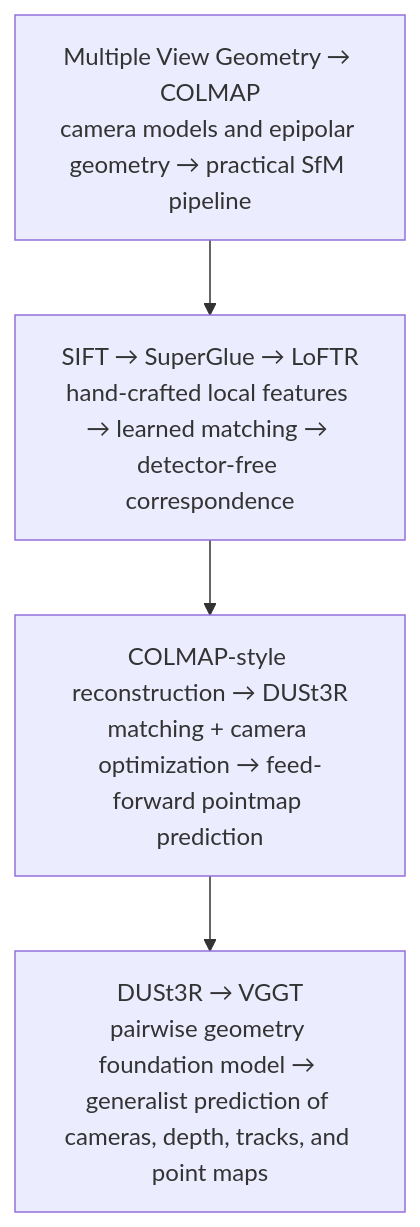
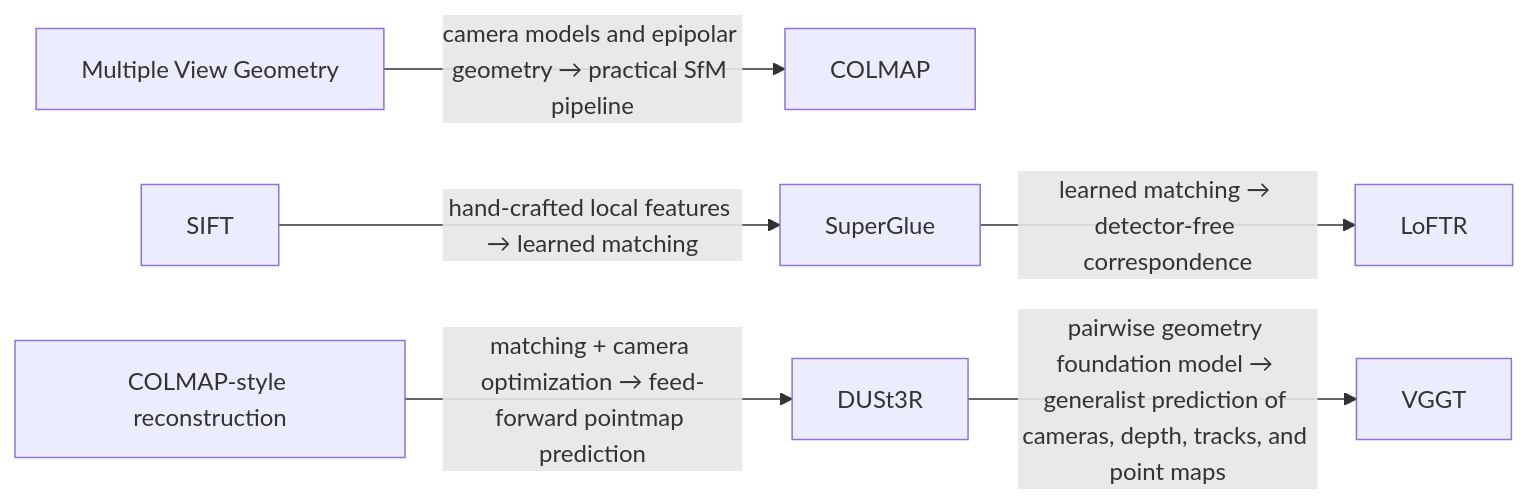
The sixth of 15 diagrams in README.md (SechanOh/awesome-multimodal-perception), drawn with Mermaid before and after one commit. The commit also changed other lines of this file, not shown here.

Commit message:
Refine field evolution diagrams

````diff
--- a/README.md
+++ b/README.md
@@ -227,8 +254,16 @@
 ```mermaid
-flowchart TD
-    step1["Multiple View Geometry → COLMAP<br/>camera models and epipolar geometry → practical SfM pipeline"]
-    step2["SIFT → SuperGlue → LoFTR<br/>hand-crafted local features → learned matching → detector-free correspondence"]
-    step3["COLMAP-style reconstruction → DUSt3R<br/>matching + camera optimization → feed-forward pointmap prediction"]
-    step4["DUSt3R → VGGT<br/>pairwise geometry foundation model → generalist prediction of cameras, depth, tracks, and point maps"]
-    step1 --> step2 --> step3 --> step4
+flowchart LR
+    s5n1["Multiple View Geometry"]
+    s5n2["COLMAP"]
+    s5n3["SIFT"]
+    s5n4["SuperGlue"]
+    s5n5["LoFTR"]
+    s5n6["COLMAP-style reconstruction"]
+    s5n7["DUSt3R"]
+    s5n8["VGGT"]
+    s5n1 -->|"camera models and epipolar geometry → practical SfM pipeline"| s5n2
+    s5n3 -->|"hand-crafted local features → learned matching"| s5n4
+    s5n4 -->|"learned matching → detector-free correspondence"| s5n5
+    s5n6 -->|"matching + camera optimization → feed-forward pointmap prediction"| s5n7
+    s5n7 -->|"pairwise geometry foundation model → generalist prediction of cameras, depth, tracks, and point maps"| s5n8
 ```
````
